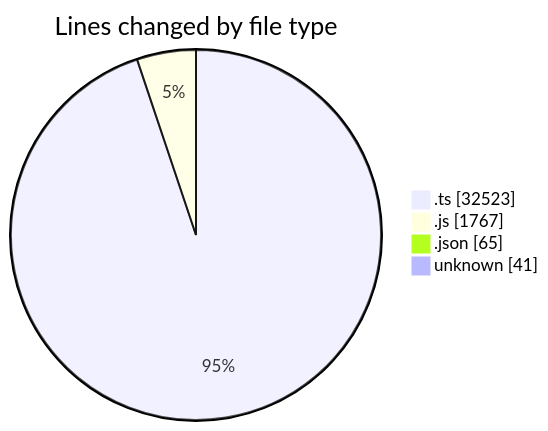
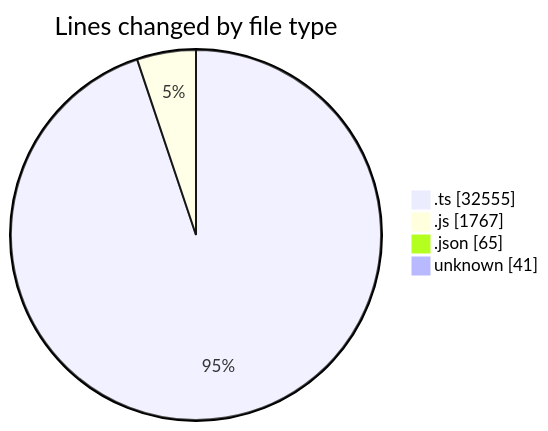
The first of 2 diagrams in 2025-07-31/cda/README.md (momahboobian/code-tracking), drawn with Mermaid before and after one commit. The commit also changed other lines of this file and 1 other file, not shown here.

````diff
--- a/2025-07-31/cda/README.md
+++ b/2025-07-31/cda/README.md
@@ -29,8 +29,8 @@
 ```mermaid
 pie showData
 title Lines changed by file type
-".ts" : 32523
+".ts" : 32555
 ".js" : 1767
 ".json" : 65
 "unknown" : 41
 ```
````
